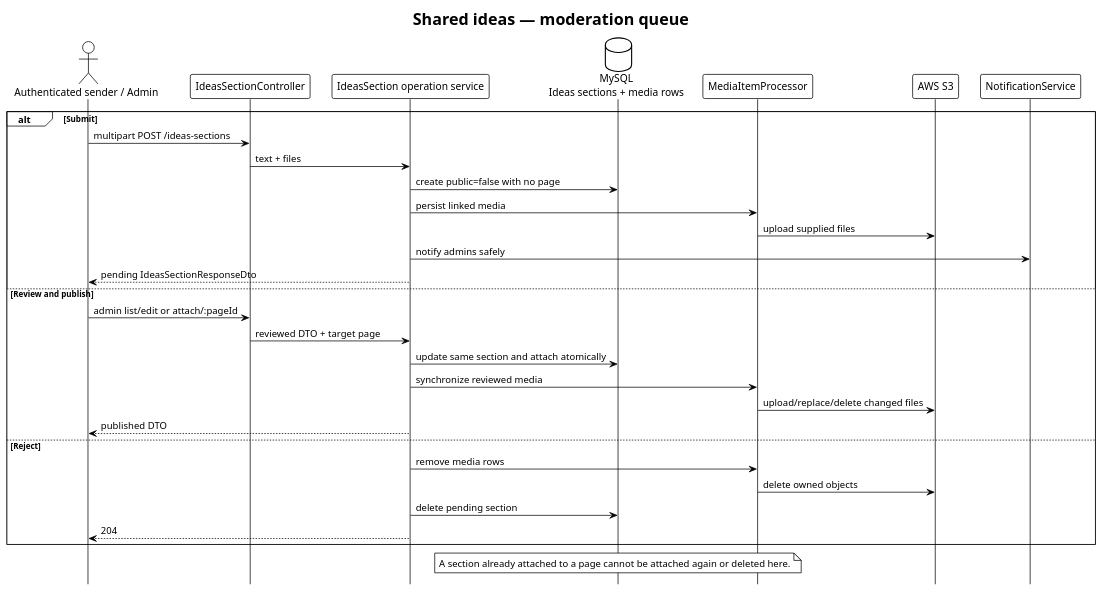
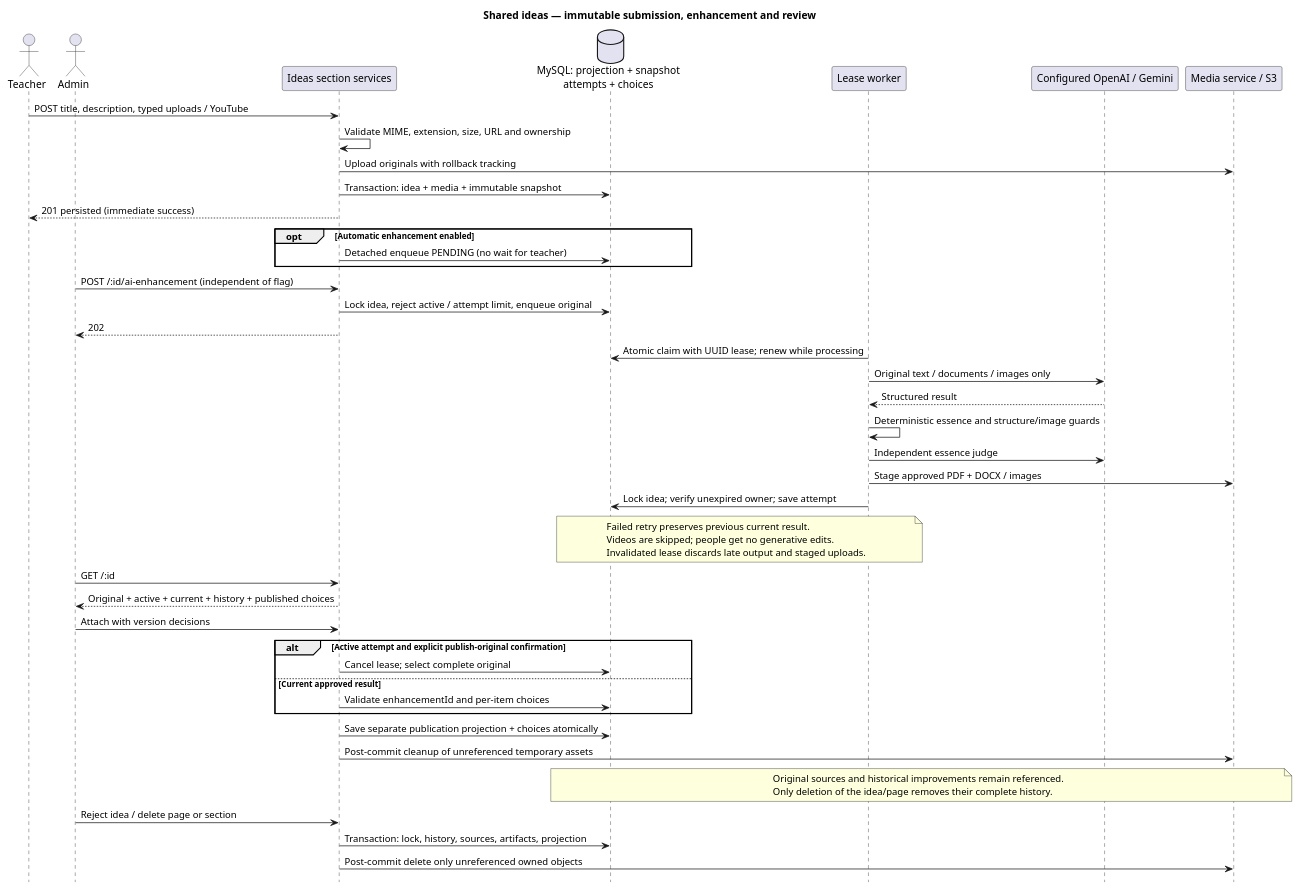
One commit to ministerioclubinhos/clubinhonib-api changed the diagram in docs/diagrams/flow/ideas-sections/ideas-sections-flow.puml. Above: the diagram before and after it, drawn with PlantUML. The commit also changed 99 other files, not shown here.

```diff
--- a/docs/diagrams/flow/ideas-sections/ideas-sections-flow.puml
+++ b/docs/diagrams/flow/ideas-sections/ideas-sections-flow.puml
@@ -1,39 +1,51 @@
-@startuml Shared Ideas Flow - Clubinho NIB API
-!theme plain
+@startuml
 hide footbox
-title Shared ideas — moderation queue
-
-actor "Authenticated sender / Admin" as Client
-participant IdeasSectionController as Controller
-participant "IdeasSection operation service" as Service
-database "MySQL\nIdeas sections + media rows" as Repository
-participant MediaItemProcessor as Media
-participant "AWS S3" as S3
-participant NotificationService as Notify
-
-alt Submit
-  Client -> Controller : multipart POST /ideas-sections
-  Controller -> Service : text + files
-  Service -> Repository : create public=false with no page
-  Service -> Media : persist linked media
-  Media -> S3 : upload supplied files
-  Service -> Notify : notify admins safely
-  Service --> Client : pending IdeasSectionResponseDto
-else Review and publish
-  Client -> Controller : admin list/edit or attach/:pageId
-  Controller -> Service : reviewed DTO + target page
-  Service -> Repository : update same section and attach atomically
-  Service -> Media : synchronize reviewed media
-  Media -> S3 : upload/replace/delete changed files
-  Service --> Client : published DTO
-else Reject
-  Service -> Media : remove media rows
-  Media -> S3 : delete owned objects
-  Service -> Repository : delete pending section
-  Service --> Client : 204
+title Shared ideas — immutable submission, enhancement and review
+actor Teacher
+actor Admin
+participant "Ideas section services" as API
+database "MySQL: projection + snapshot\nattempts + choices" as DB
+participant "Lease worker" as Worker
+participant "Configured OpenAI / Gemini" as AI
+participant "Media service / S3" as S3
+Teacher -> API : POST title, description, typed uploads / YouTube
+API -> API : Validate MIME, extension, size, URL and ownership
+API -> S3 : Upload originals with rollback tracking
+API -> DB : Transaction: idea + media + immutable snapshot
+API --> Teacher : 201 persisted (immediate success)
+opt Automatic enhancement enabled
+ API -> DB : Detached enqueue PENDING (no wait for teacher)
 end
-
-note over Repository
-  A section already attached to a page cannot be attached again or deleted here.
+Admin -> API : POST /:id/ai-enhancement (independent of flag)
+API -> DB : Lock idea, reject active / attempt limit, enqueue original
+API --> Admin : 202
+Worker -> DB : Atomic claim with UUID lease; renew while processing
+Worker -> AI : Original text / documents / images only
+AI --> Worker : Structured result
+Worker -> Worker : Deterministic essence and structure/image guards
+Worker -> AI : Independent essence judge
+Worker -> S3 : Stage approved PDF + DOCX / images
+Worker -> DB : Lock idea; verify unexpired owner; save attempt
+note over Worker,DB
+ Failed retry preserves previous current result.
+ Videos are skipped; people get no generative edits.
+ Invalidated lease discards late output and staged uploads.
 end note
+Admin -> API : GET /:id
+API --> Admin : Original + active + current + history + published choices
+Admin -> API : Attach with version decisions
+alt Active attempt and explicit publish-original confirmation
+ API -> DB : Cancel lease; select complete original
+else Current approved result
+ API -> DB : Validate enhancementId and per-item choices
+end
+API -> DB : Save separate publication projection + choices atomically
+API -> S3 : Post-commit cleanup of unreferenced temporary assets
+note over DB,S3
+ Original sources and historical improvements remain referenced.
+ Only deletion of the idea/page removes their complete history.
+end note
+Admin -> API : Reject idea / delete page or section
+API -> DB : Transaction: lock, history, sources, artifacts, projection
+API -> S3 : Post-commit delete only unreferenced owned objects
 @enduml
```
